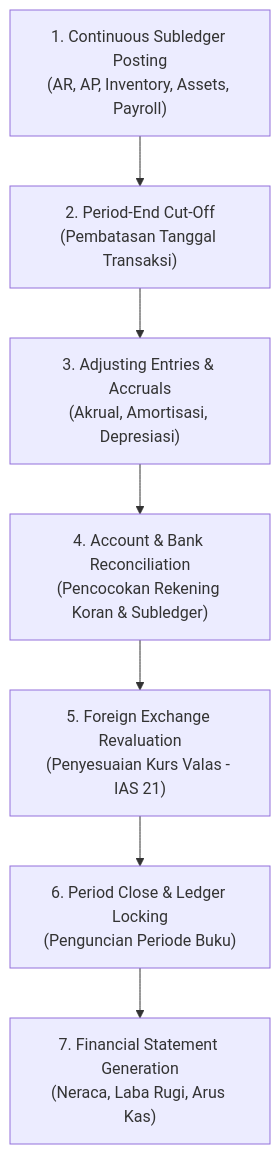
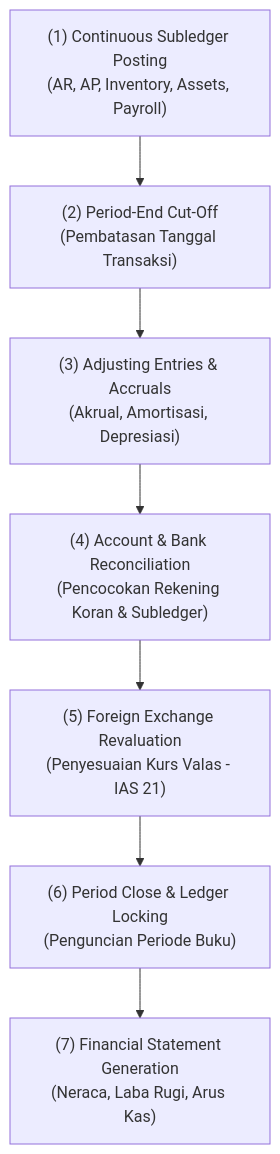
One commit to alimurrofid/erp-notes changed the diagram in content/01-business-processes/record-to-report.md. Above: the diagram before and after it, drawn with Mermaid. The commit also changed 132 other files, not shown here.

````diff
--- a/content/01-business-processes/record-to-report.md
+++ b/content/01-business-processes/record-to-report.md
@@ -17,10 +17,10 @@
 ```mermaid
 flowchart TD
-    TX["1. Continuous Subledger Posting<br/>(AR, AP, Inventory, Assets, Payroll)"]
-    --> CUT["2. Period-End Cut-Off<br/>(Pembatasan Tanggal Transaksi)"]
-    --> ADJ["3. Adjusting Entries & Accruals<br/>(Akrual, Amortisasi, Depresiasi)"]
-    --> REC["4. Account & Bank Reconciliation<br/>(Pencocokan Rekening Koran & Subledger)"]
-    --> FX["5. Foreign Exchange Revaluation<br/>(Penyesuaian Kurs Valas - IAS 21)"]
-    --> CLS["6. Period Close & Ledger Locking<br/>(Penguncian Periode Buku)"]
-    --> REP["7. Financial Statement Generation<br/>(Neraca, Laba Rugi, Arus Kas)"]
+    TX["(1) Continuous Subledger Posting<br/>(AR, AP, Inventory, Assets, Payroll)"]
+    --> CUT["(2) Period-End Cut-Off<br/>(Pembatasan Tanggal Transaksi)"]
+    --> ADJ["(3) Adjusting Entries & Accruals<br/>(Akrual, Amortisasi, Depresiasi)"]
+    --> REC["(4) Account & Bank Reconciliation<br/>(Pencocokan Rekening Koran & Subledger)"]
+    --> FX["(5) Foreign Exchange Revaluation<br/>(Penyesuaian Kurs Valas - IAS 21)"]
+    --> CLS["(6) Period Close & Ledger Locking<br/>(Penguncian Periode Buku)"]
+    --> REP["(7) Financial Statement Generation<br/>(Neraca, Laba Rugi, Arus Kas)"]
 ```
````
